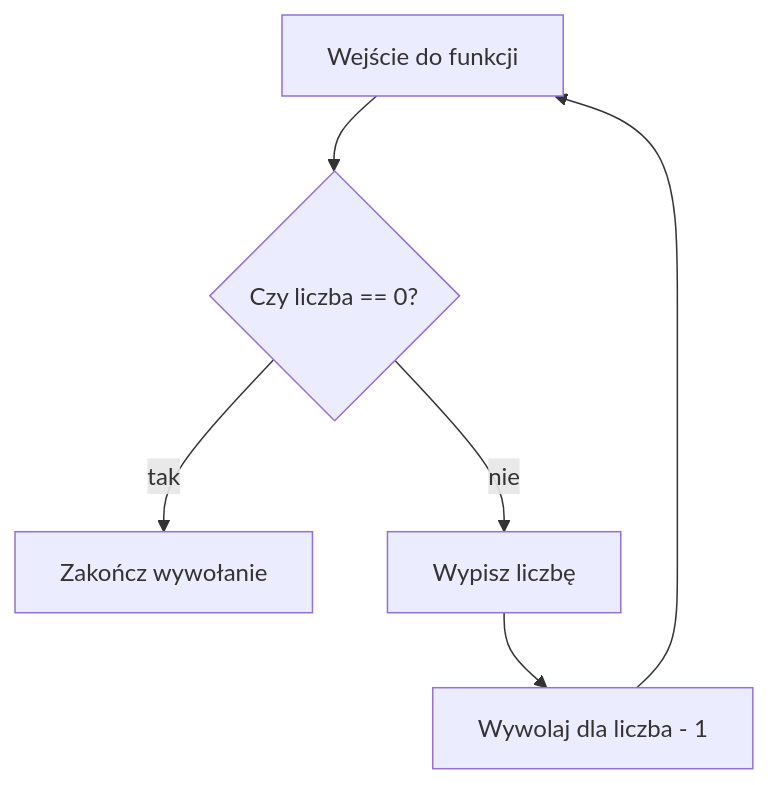
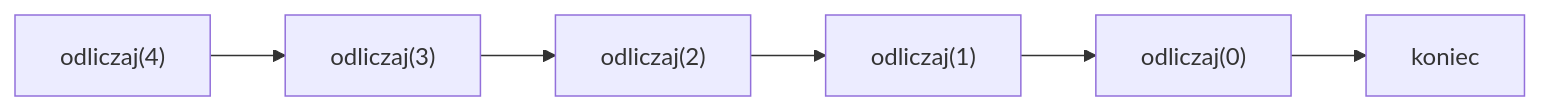
The diagram in docs/16-rekurencja-i-algorytmy-maturalne/01-pierwsza-funkcja-rekurencyjna.md (mariuszsmolka-stack/cpp-matura-2026), drawn with Mermaid before and after one commit. The commit also changed other lines of this file and 11 other files, not shown here.

````diff
--- a/docs/16-rekurencja-i-algorytmy-maturalne/01-pierwsza-funkcja-rekurencyjna.md
+++ b/docs/16-rekurencja-i-algorytmy-maturalne/01-pierwsza-funkcja-rekurencyjna.md
@@ -38,8 +35,8 @@
 ```mermaid
-flowchart TD
-    A["Wejście do funkcji"] --> B{"Czy liczba == 0?"}
-    B -->|tak| C["Zakończ wywołanie"]
-    B -->|nie| D["Wypisz liczbę"]
-    D --> E["Wywolaj dla liczba - 1"]
-    E --> A
+flowchart LR
+    A["odliczaj(4)"] --> B["odliczaj(3)"]
+    B --> C["odliczaj(2)"]
+    C --> D["odliczaj(1)"]
+    D --> E["odliczaj(0)"]
+    E --> F["koniec"]
 ```
````
